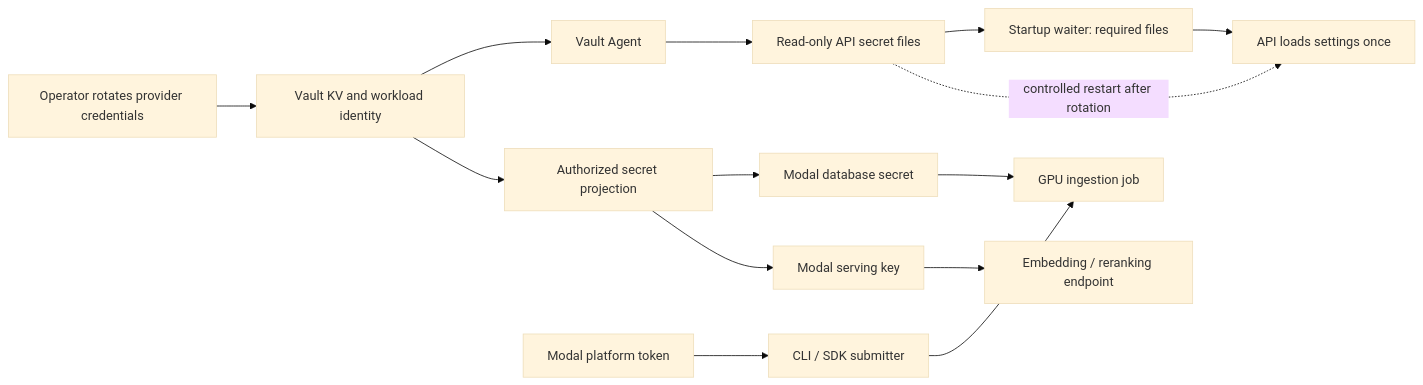
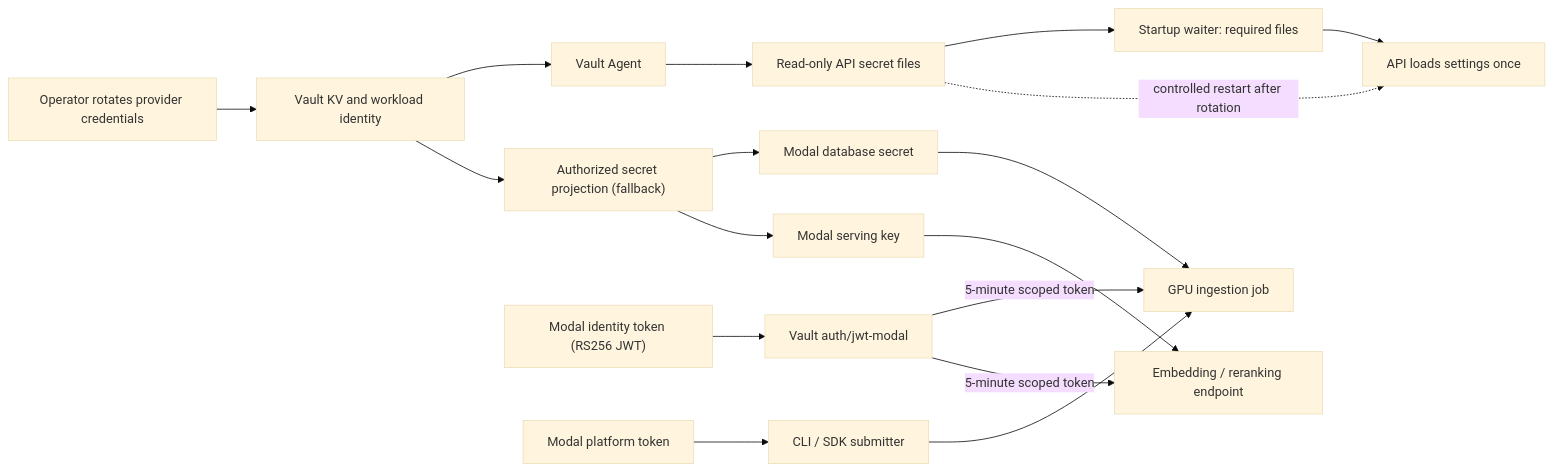
The first of 3 diagrams in docs/OPERATIONS.md (tushar-mahalya/ledger_rag), drawn with Mermaid (base theme) before and after one commit. The commit also changed other lines of this file and 8 other files, not shown here.

First line of the commit message:
feat(security): authenticate Modal jobs to Vault with workload identity

````diff
--- a/docs/OPERATIONS.md
+++ b/docs/OPERATIONS.md
@@ -88,16 +88,19 @@
 ```mermaid
 flowchart LR
     Vault["Vault KV and workload identity"] --> Agent["Vault Agent"]
     Agent --> Files["Read-only API secret files"]
     Files --> Wait["Startup waiter: required files"]
     Wait --> API["API loads settings once"]
-    Vault --> Project["Authorized secret projection"]
+    Vault --> Project["Authorized secret projection (fallback)"]
     Project --> DBSecret["Modal database secret"]
     DBSecret --> Job["GPU ingestion job"]
     Project --> TEISecret["Modal serving key"]
     TEISecret --> TEI["Embedding / reranking endpoint"]
+    OIDC["Modal identity token (RS256 JWT)"] --> JWT["Vault auth/jwt-modal"]
+    JWT -->|"5-minute scoped token"| Job
+    JWT -->|"5-minute scoped token"| TEI
     Platform["Modal platform token"] --> Submitter["CLI / SDK submitter"]
     Submitter --> Job
     Rotation["Operator rotates provider credentials"] --> Vault
     Files -. "controlled restart after rotation" .-> API
 ```
````
